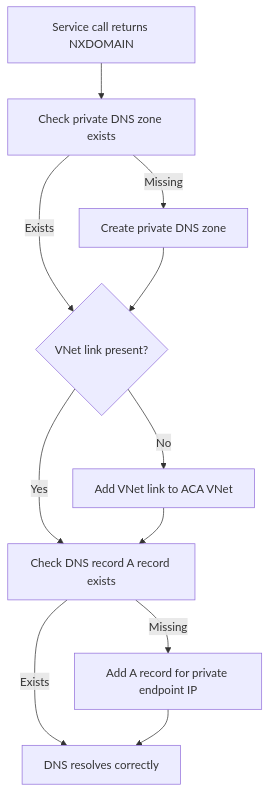
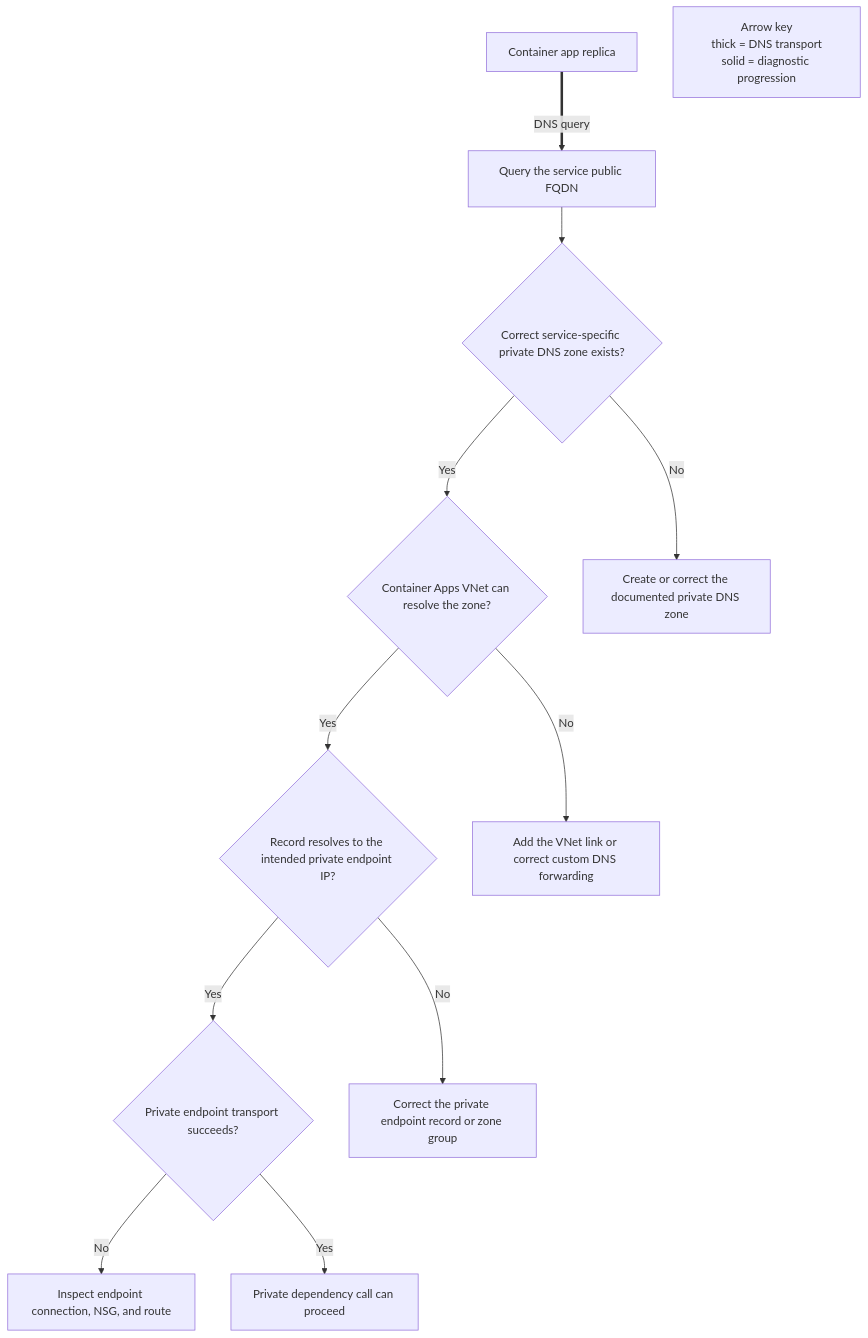
Before and after one commit to yeongseon/azure-container-apps-practical-guide: the diagram in docs/troubleshooting/playbooks/networking-advanced/private-endpoint-dns-failure.md, drawn with Mermaid. The commit also changed other lines of this file and 23 other files, not shown here.

First line of the commit message:
docs(diagrams): migrate troubleshooting playbook diagrams (#626)

````diff
--- a/docs/troubleshooting/playbooks/networking-advanced/private-endpoint-dns-failure.md
+++ b/docs/troubleshooting/playbooks/networking-advanced/private-endpoint-dns-failure.md
@@ -26,13 +29,30 @@
 ```mermaid
 flowchart TD
-    A[Service call returns NXDOMAIN] --> B[Check private DNS zone exists]
-    B -->|Missing| C[Create private DNS zone]
-    B -->|Exists| D{VNet link present?}
-    C --> D
-    D -->|No| E[Add VNet link to ACA VNet]
-    D -->|Yes| F[Check DNS record A record exists]
-    E --> F
-    F -->|Missing| G[Add A record for private endpoint IP]
-    F -->|Exists| H[DNS resolves correctly]
-    G --> H
+    accTitle: Diagnose private endpoint DNS resolution
+    accDescr: Check the target service's documented private DNS zone, the Container Apps VNet link or forwarding path, and the endpoint record before testing transport.
+
+    APP[Container app replica]
+    QUERY[Query the service public FQDN]
+    ZONE{Correct service-specific private DNS zone exists?}
+    LINK{Container Apps VNet can resolve the zone?}
+    RECORD{Record resolves to the intended private endpoint IP?}
+    TRANSPORT{Private endpoint transport succeeds?}
+    ZONE_FIX[Create or correct the documented private DNS zone]
+    LINK_FIX[Add the VNet link or correct custom DNS forwarding]
+    RECORD_FIX[Correct the private endpoint record or zone group]
+    PATH_FIX[Inspect endpoint connection, NSG, and route]
+    SUCCESS[Private dependency call can proceed]
+
+    APP ==>|DNS query| QUERY
+    QUERY --> ZONE
+    ZONE -->|No| ZONE_FIX
+    ZONE -->|Yes| LINK
+    LINK -->|No| LINK_FIX
+    LINK -->|Yes| RECORD
+    RECORD -->|No| RECORD_FIX
+    RECORD -->|Yes| TRANSPORT
+    TRANSPORT -->|No| PATH_FIX
+    TRANSPORT -->|Yes| SUCCESS
+
+    LEGEND["Arrow key<br/>thick = DNS transport<br/>solid = diagnostic progression"]
 ```
````
